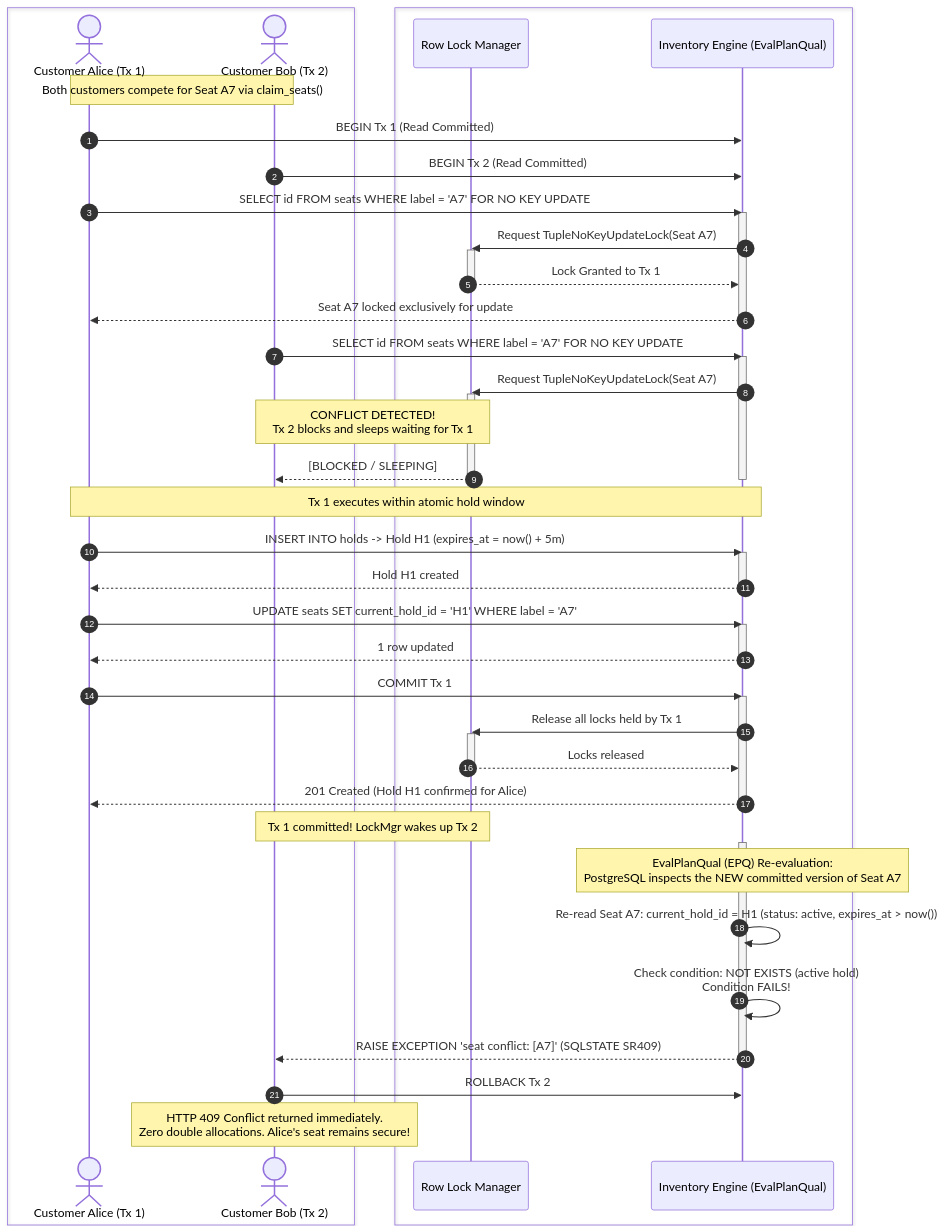
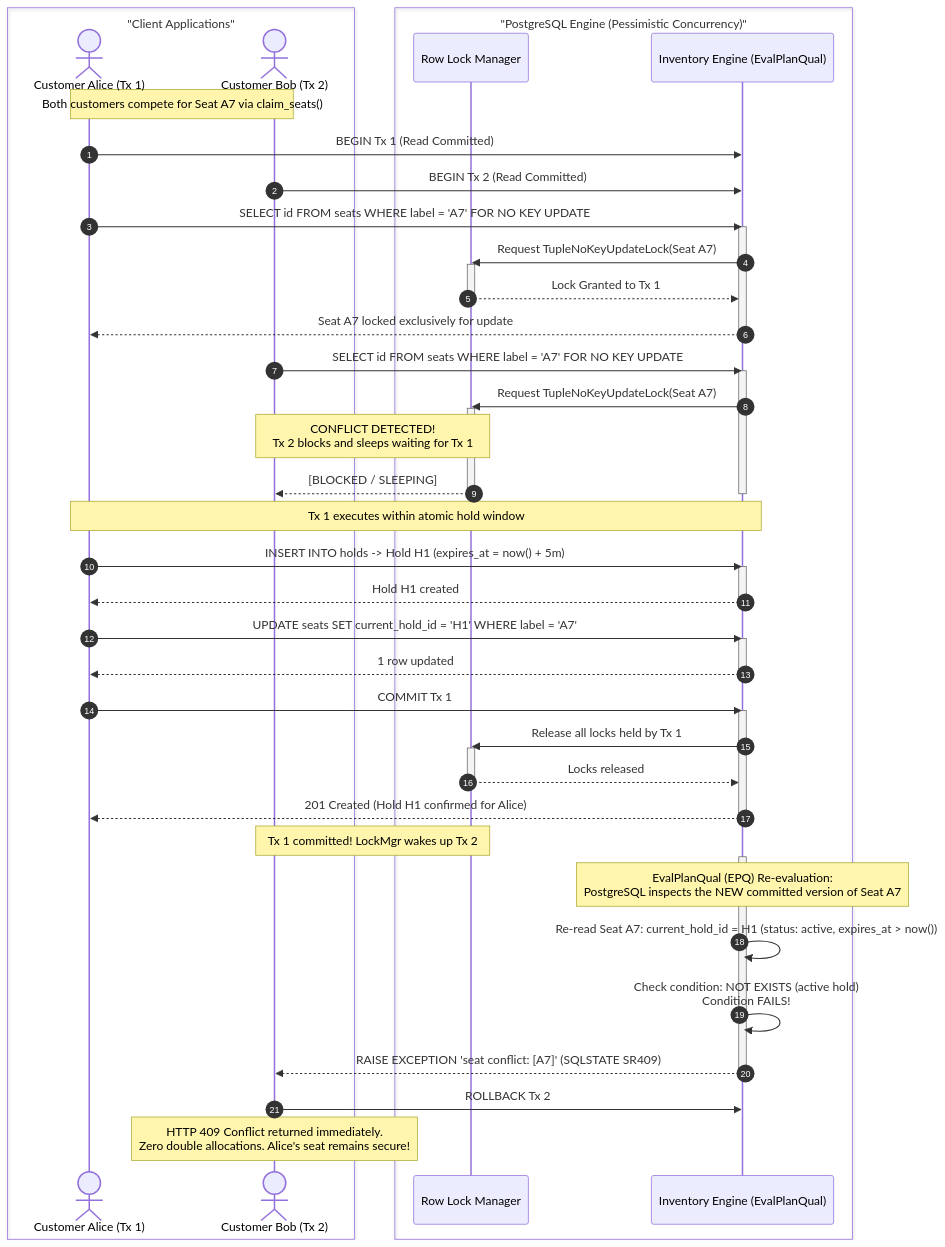
One commit to YuvvrajSingh/seat-rush changed the second of 8 diagrams in docs/SYSTEMS_CONCURRENCY_DEEP_DIVE.md. Above: the diagram before and after it, drawn with Mermaid. The commit also changed other lines of this file and 17 other files, not shown here.

Commit message:
docs: apply zero-drift fixes, elevate Mermaid diagrams with failure branches, and reshoot production screenshots

````diff
--- a/docs/SYSTEMS_CONCURRENCY_DEEP_DIVE.md
+++ b/docs/SYSTEMS_CONCURRENCY_DEEP_DIVE.md
@@ -183,62 +183,62 @@
 ```mermaid
 sequenceDiagram
     autonumber
-    box #f1f5f9 "Client Applications"
+    box "Client Applications"
         actor Alice as Customer Alice (Tx 1)
         actor Bob as Customer Bob (Tx 2)
     end
-    box #ede9fe "PostgreSQL Engine (Pessimistic Concurrency)"
+    box "PostgreSQL Engine (Pessimistic Concurrency)"
         participant LockMgr as Row Lock Manager
         participant DB as Inventory Engine (EvalPlanQual)
     end
 
     Note over Alice, Bob: Both customers compete for Seat A7 via claim_seats()
     Alice->>DB: BEGIN Tx 1 (Read Committed)
     Bob->>DB: BEGIN Tx 2 (Read Committed)
 
     Alice->>DB: SELECT id FROM seats WHERE label = 'A7' FOR NO KEY UPDATE
     activate DB
     DB->>LockMgr: Request TupleNoKeyUpdateLock(Seat A7)
     activate LockMgr
     LockMgr-->>DB: Lock Granted to Tx 1
     deactivate LockMgr
     DB-->>Alice: Seat A7 locked exclusively for update
     deactivate DB
 
     Bob->>DB: SELECT id FROM seats WHERE label = 'A7' FOR NO KEY UPDATE
     activate DB
     DB->>LockMgr: Request TupleNoKeyUpdateLock(Seat A7)
     activate LockMgr
     Note over Bob, LockMgr: CONFLICT DETECTED!<br/>Tx 2 blocks and sleeps waiting for Tx 1
     LockMgr-->>Bob: [BLOCKED / SLEEPING]
     deactivate LockMgr
     deactivate DB
 
     Note over Alice, DB: Tx 1 executes within atomic hold window
     Alice->>DB: INSERT INTO holds -> Hold H1 (expires_at = now() + 5m)
     activate DB
     DB-->>Alice: Hold H1 created
     deactivate DB
     Alice->>DB: UPDATE seats SET current_hold_id = 'H1' WHERE label = 'A7'
     activate DB
     DB-->>Alice: 1 row updated
     deactivate DB
     Alice->>DB: COMMIT Tx 1
     activate DB
     DB->>LockMgr: Release all locks held by Tx 1
     activate LockMgr
     LockMgr-->>DB: Locks released
     deactivate LockMgr
     DB-->>Alice: 201 Created (Hold H1 confirmed for Alice)
     deactivate DB
 
     Note over Bob, LockMgr: Tx 1 committed! LockMgr wakes up Tx 2
     activate DB
     Note over DB: EvalPlanQual (EPQ) Re-evaluation:<br/>PostgreSQL inspects the NEW committed version of Seat A7
     DB->>DB: Re-read Seat A7: current_hold_id = H1 (status: active, expires_at > now())
     DB->>DB: Check condition: NOT EXISTS (active hold)<br/>Condition FAILS!
     DB-->>Bob: RAISE EXCEPTION 'seat conflict: [A7]' (SQLSTATE SR409)
     deactivate DB
     Bob->>DB: ROLLBACK Tx 2
     Note over Bob: HTTP 409 Conflict returned immediately.<br/>Zero double allocations. Alice's seat remains secure!
 ```
````
